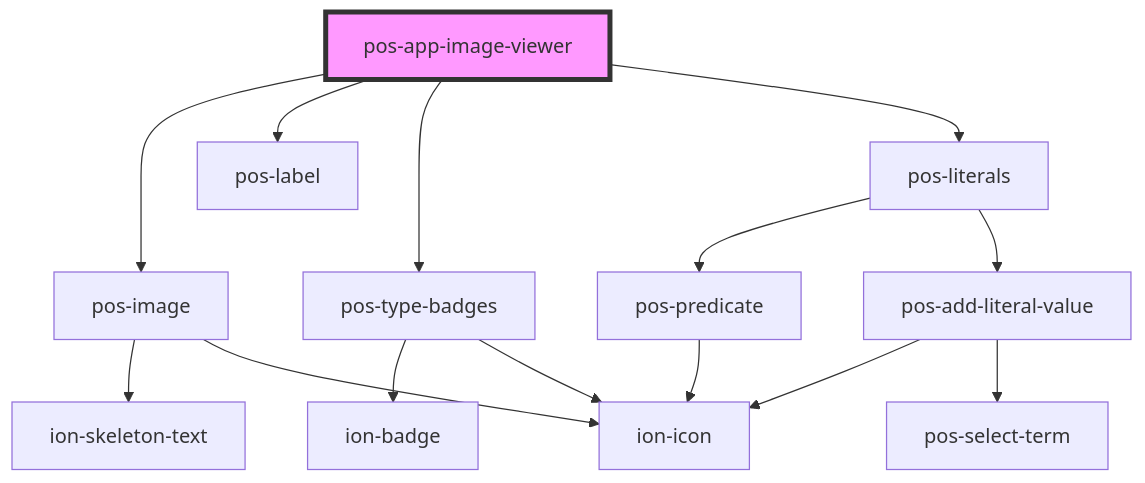
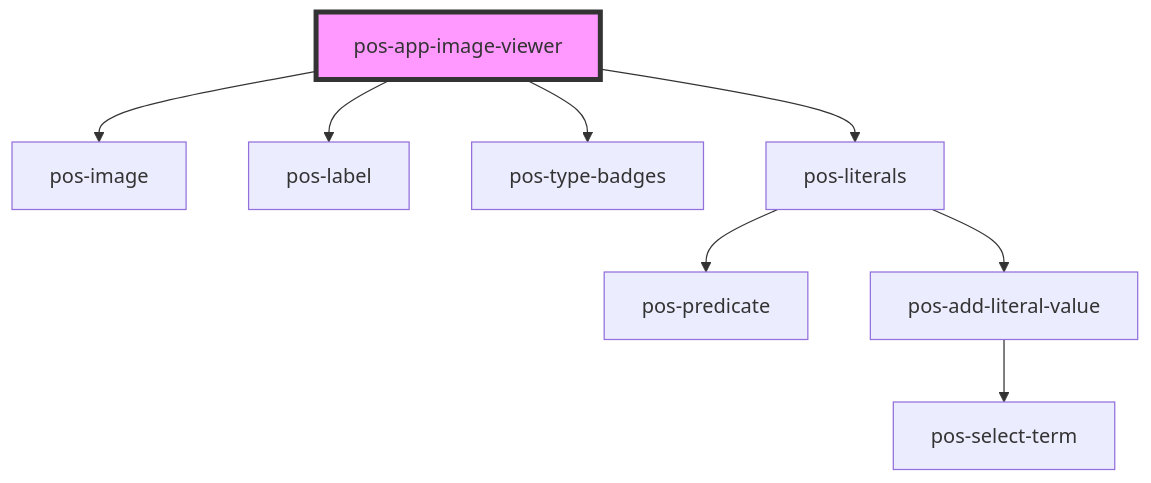
One commit to pod-os/PodOS changed the diagram in docs/elements/apps/pos-app-image-viewer/readme.md. Above: the diagram before and after it, drawn with Mermaid. The commit also changed 31 other files, not shown here.

````diff
--- a/docs/elements/apps/pos-app-image-viewer/readme.md
+++ b/docs/elements/apps/pos-app-image-viewer/readme.md
@@ -25,17 +25,11 @@
 ```mermaid
 graph TD;
   pos-app-image-viewer --> pos-image
   pos-app-image-viewer --> pos-label
   pos-app-image-viewer --> pos-type-badges
   pos-app-image-viewer --> pos-literals
-  pos-image --> ion-skeleton-text
-  pos-image --> ion-icon
-  pos-type-badges --> ion-badge
-  pos-type-badges --> ion-icon
   pos-literals --> pos-predicate
   pos-literals --> pos-add-literal-value
-  pos-predicate --> ion-icon
-  pos-add-literal-value --> ion-icon
   pos-add-literal-value --> pos-select-term
   style pos-app-image-viewer fill:#f9f,stroke:#333,stroke-width:4px
 ```
````
